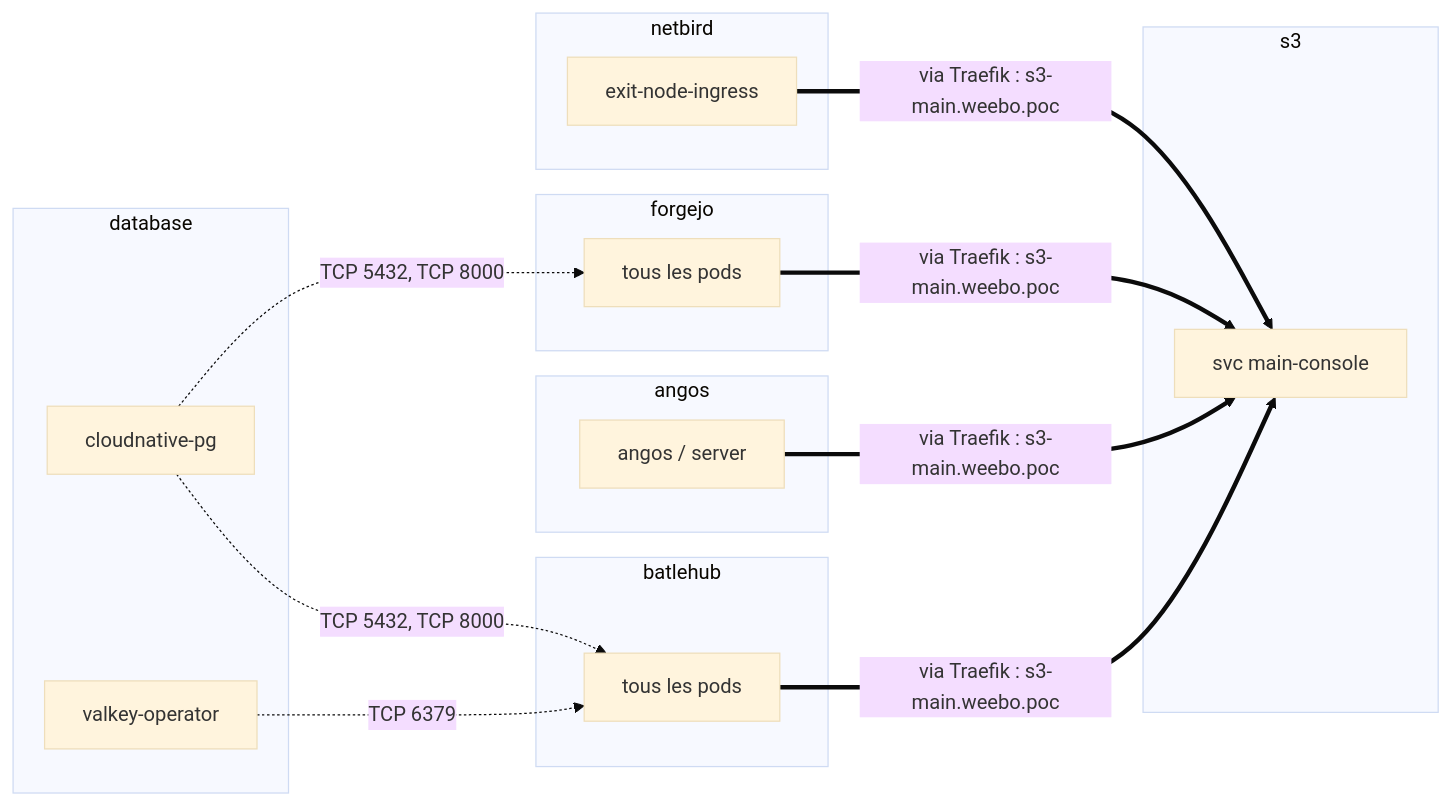
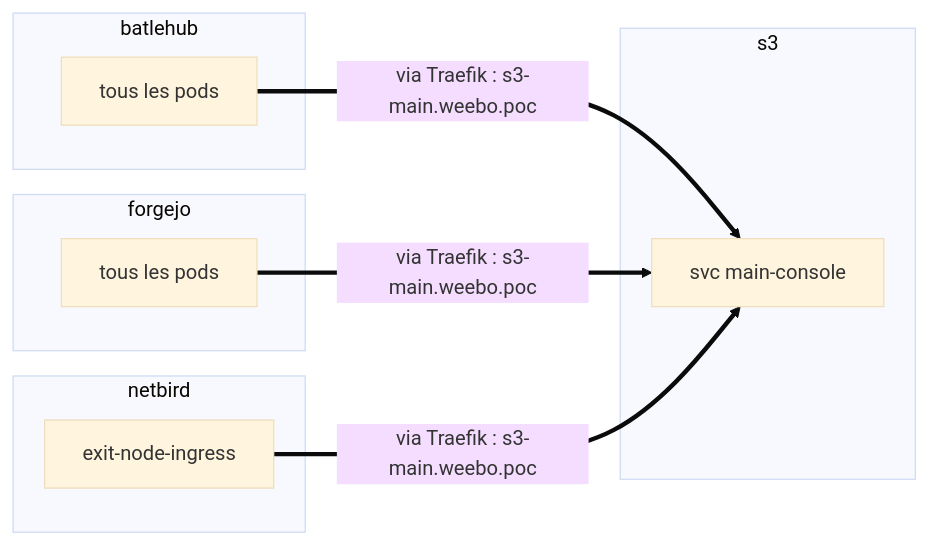
One commit to batleforc/weebo-si changed the second of 2 diagrams in 0.docs/content/docs/security/network-flows/database.mdx. Above: the diagram before and after it, drawn with Mermaid (base theme). The commit also changed other lines of this file and 9 other files, not shown here.

First line of the commit message:
feat(cilium): default deny wave 2, ingress for forgejo, batlehub, angos and s3

````diff
--- a/0.docs/content/docs/security/network-flows/database.mdx
+++ b/0.docs/content/docs/security/network-flows/database.mdx
@@ -49,29 +44,18 @@
 ```mermaid
 flowchart LR
-  subgraph ns_angos["angos"]
-    n_ns_angos_ece4d4["angos / server"]
-  end
   subgraph ns_batlehub["batlehub"]
     n_ns_batlehub_62b5f7["tous les pods"]
-  end
-  subgraph ns_database["database"]
-    n_ns_database_7191e8["cloudnative-pg"]
-    n_ns_database_7ef0dc["valkey-operator"]
   end
   subgraph ns_forgejo["forgejo"]
     n_ns_forgejo_90cc22["tous les pods"]
   end
   subgraph ns_netbird["netbird"]
     n_ns_netbird_45c447["exit-node-ingress"]
   end
   subgraph ns_s3["s3"]
     n_ns_s3_aa1591["svc main-console"]
   end
-  n_ns_angos_ece4d4 ==>|"via Traefik : s3-main.weebo.poc"| n_ns_s3_aa1591
   n_ns_batlehub_62b5f7 ==>|"via Traefik : s3-main.weebo.poc"| n_ns_s3_aa1591
-  n_ns_database_7191e8 -.->|"TCP 5432, TCP 8000"| n_ns_batlehub_62b5f7
-  n_ns_database_7191e8 -.->|"TCP 5432, TCP 8000"| n_ns_forgejo_90cc22
-  n_ns_database_7ef0dc -.->|"TCP 6379"| n_ns_batlehub_62b5f7
   n_ns_forgejo_90cc22 ==>|"via Traefik : s3-main.weebo.poc"| n_ns_s3_aa1591
   n_ns_netbird_45c447 ==>|"via Traefik : s3-main.weebo.poc"| n_ns_s3_aa1591
 ```
````
